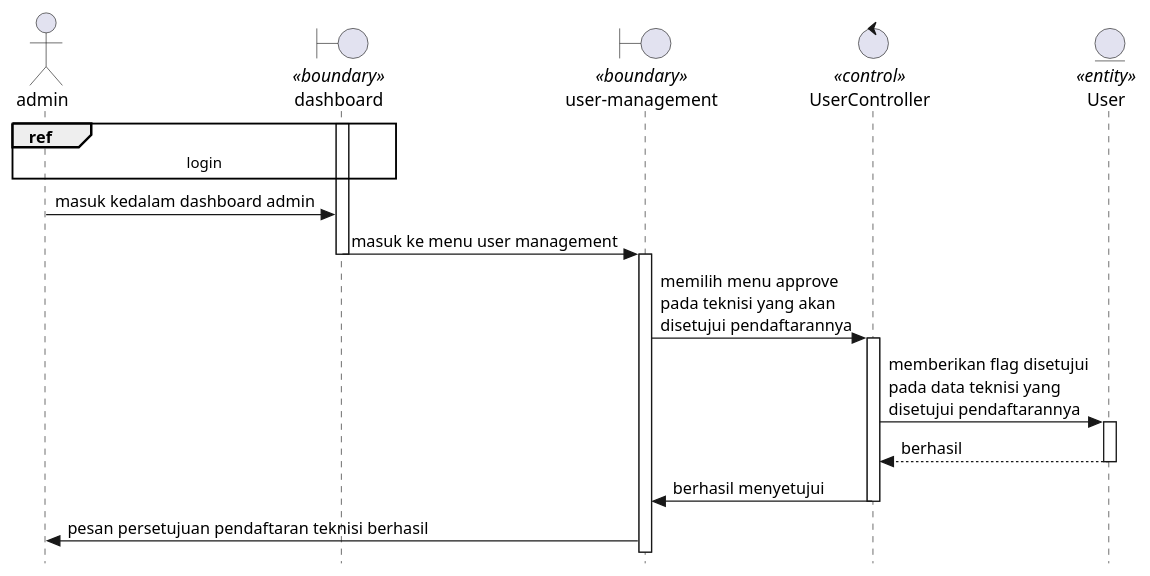
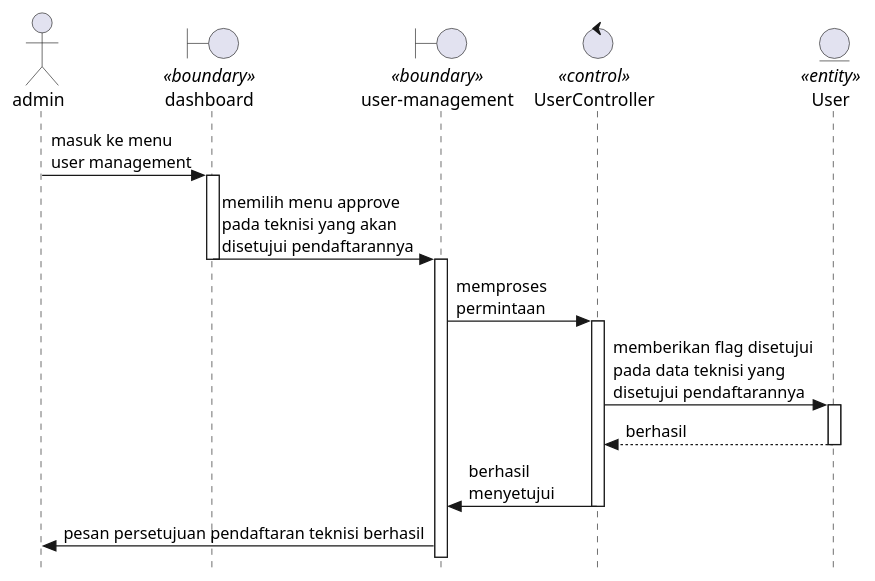
Before and after one commit to KPL-slur/eec-sifse-fixed: the diagram in Docs/diagrams/sequence/approval.plantuml, drawn with PlantUML. The commit also changed 19 other files, not shown here.

```diff
--- a/Docs/diagrams/sequence/approval.plantuml
+++ b/Docs/diagrams/sequence/approval.plantuml
@@ -1,27 +1,25 @@
 @startuml approval
 
 skinparam style strictuml
 
 actor admin
 boundary dashboard <<boundary>>
 boundary "user-management" as management <<boundary>>
 control UserController <<control>>
 entity User <<entity>>
 
-ref over admin, dashboard : login
-
-activate dashboard 
-admin -> dashboard : masuk kedalam dashboard admin
-dashboard -> management : masuk ke menu user management
+admin -> dashboard : masuk ke menu\nuser management
+    activate dashboard 
+dashboard -> management : memilih menu approve\npada teknisi yang akan\ndisetujui pendaftarannya
     deactivate dashboard
     activate management
-management -> UserController : memilih menu approve\npada teknisi yang akan\ndisetujui pendaftarannya
+management -> UserController : memproses\npermintaan
     activate UserController
 UserController -> User : memberikan flag disetujui\npada data teknisi yang\ndisetujui pendaftarannya
     activate User 
 return berhasil
-UserController -> management : berhasil menyetujui
+UserController -> management : berhasil\nmenyetujui
     deactivate UserController
 management -> admin : pesan persetujuan pendaftaran teknisi berhasil
 
 @enduml
```
